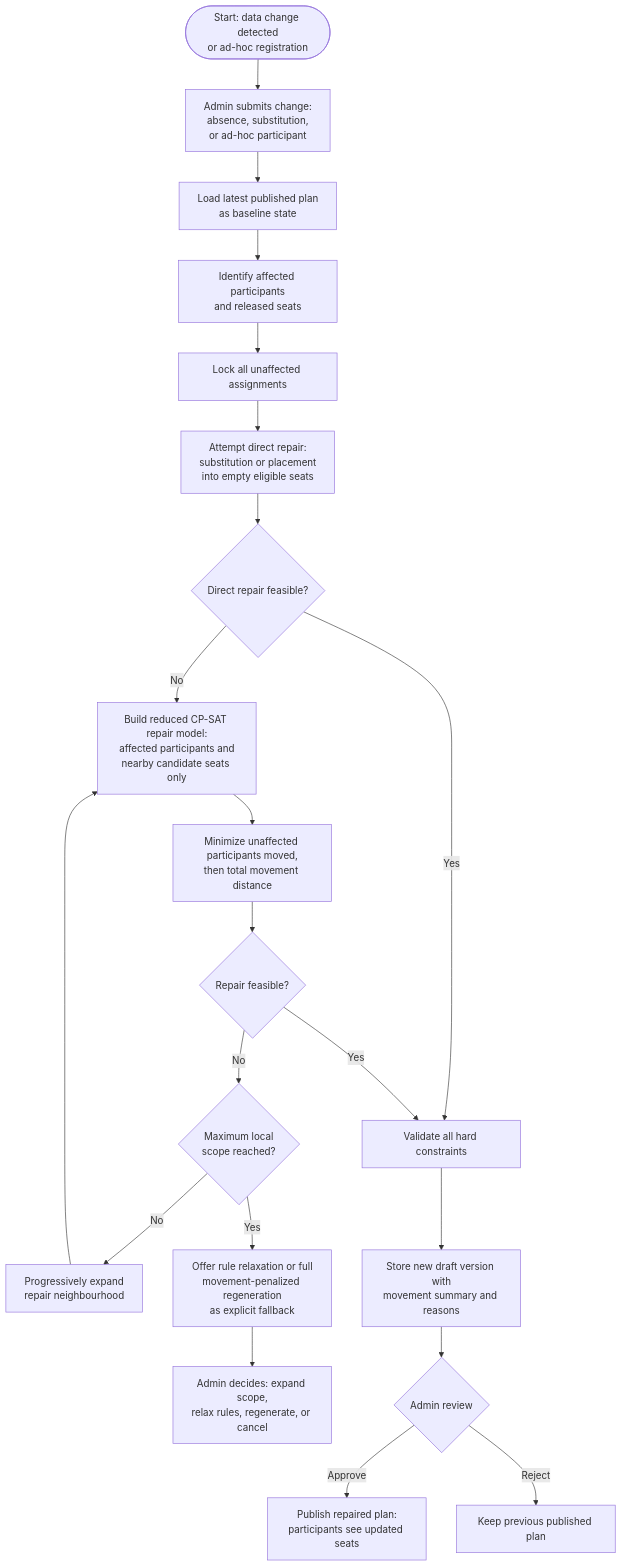
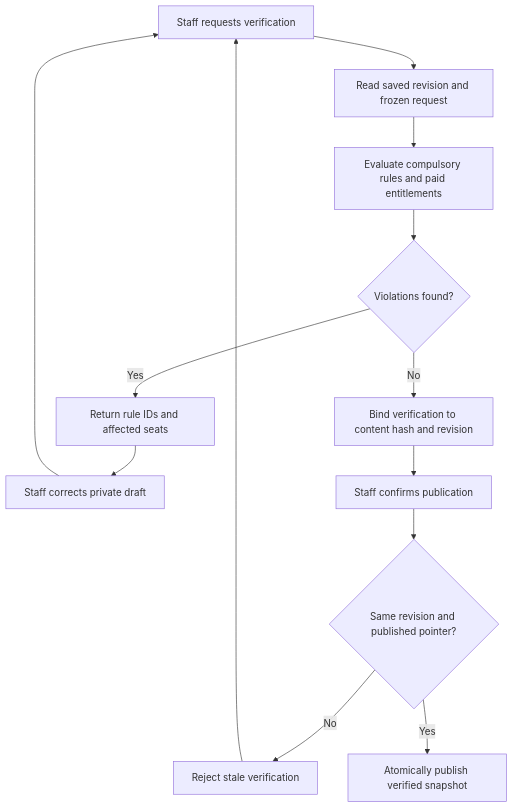
Before and after one commit to DariusShin/FYP-Seating-Allocation: the ninth of 11 diagrams in FYP1/fyp_interim-report-refined.md, drawn with Mermaid. The commit also changed other lines of this file and 8 other files, not shown here.

````diff
--- a/FYP1/fyp_interim-report-refined.md
+++ b/FYP1/fyp_interim-report-refined.md
@@ -556,22 +551,15 @@
 ```mermaid
 flowchart TD
-    S([Start: data change detected<br/>or ad-hoc registration]) --> A[Admin submits change:<br/>absence, substitution,<br/>or ad-hoc participant]
-    A --> B[Load latest published plan<br/>as baseline state]
-    B --> C[Identify affected participants<br/>and released seats]
-    C --> D[Lock all unaffected assignments]
-    D --> E[Attempt direct repair:<br/>substitution or placement<br/>into empty eligible seats]
-    E --> F{Direct repair feasible?}
-    F -->|Yes| V[Validate all hard constraints]
-    F -->|No| G[Build reduced CP-SAT repair model:<br/>affected participants and<br/>nearby candidate seats only]
-    G --> H[Minimize unaffected participants moved,<br/>then total movement distance]
-    H --> I{Repair feasible?}
-    I -->|Yes| V
-    I -->|No| J{Maximum local<br/>scope reached?}
-    J -->|No| K[Progressively expand<br/>repair neighbourhood] --> G
-    J -->|Yes| L[Offer rule relaxation or full<br/>movement-penalized regeneration<br/>as explicit fallback]
-    L --> M[Admin decides: expand scope,<br/>relax rules, regenerate, or cancel]
-    V --> N[Store new draft version with<br/>movement summary and reasons]
-    N --> O{Admin review}
-    O -->|Approve| P[Publish repaired plan:<br/>participants see updated seats]
-    O -->|Reject| Q[Keep previous published plan]
+    S[Staff requests verification] --> A[Read saved revision and frozen request]
+    A --> B[Evaluate compulsory rules and paid entitlements]
+    B --> C{Violations found?}
+    C -->|Yes| D[Return rule IDs and affected seats]
+    D --> E[Staff corrects private draft]
+    E --> S
+    C -->|No| F[Bind verification to content hash and revision]
+    F --> G[Staff confirms publication]
+    G --> H{Same revision and published pointer?}
+    H -->|No| I[Reject stale verification]
+    I --> S
+    H -->|Yes| J[Atomically publish verified snapshot]
 ```
````
